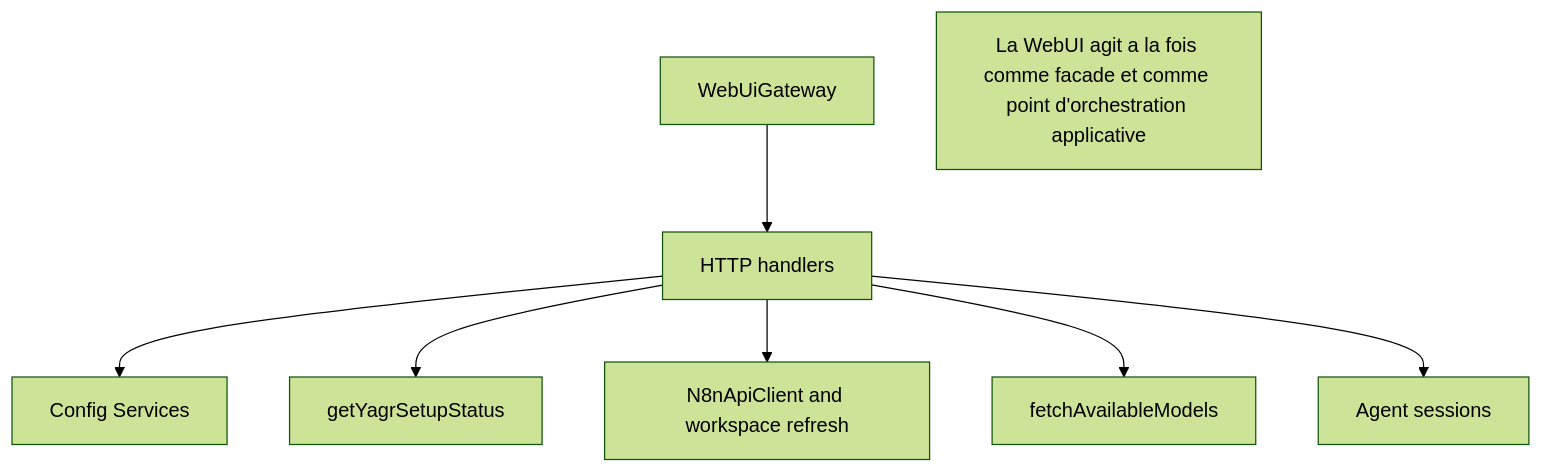
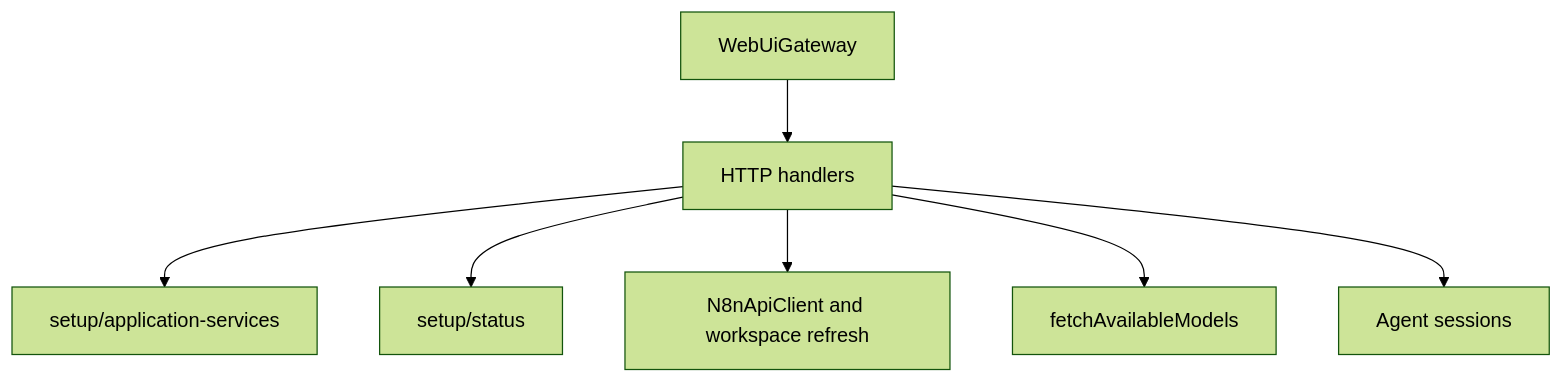
Before and after one commit to EtienneLescot/yagr: the fifth of 5 diagrams in architecture/current/runtime-flows.md, drawn with Mermaid (forest theme). The commit also changed other lines of this file and 1 other file, not shown here.

Commit message:
refactor: update runtime flows and system overview documentation to reflect architectural changes and remove deprecated components

````diff
--- a/architecture/current/runtime-flows.md
+++ b/architecture/current/runtime-flows.md
@@ -91,12 +136,10 @@
 ```mermaid
 flowchart TD
     WEB[WebUiGateway]
     WEB --> API[HTTP handlers]
-    API --> CFG[Config Services]
-    API --> SETUP[getYagrSetupStatus]
+    API --> AS[setup/application-services]
+    API --> ST[setup/status]
     API --> N8N[N8nApiClient and workspace refresh]
     API --> LLM[fetchAvailableModels]
     API --> AG[Agent sessions]
-
-    note1[La WebUI agit a la fois comme facade et comme point d'orchestration applicative]
 ```
````
